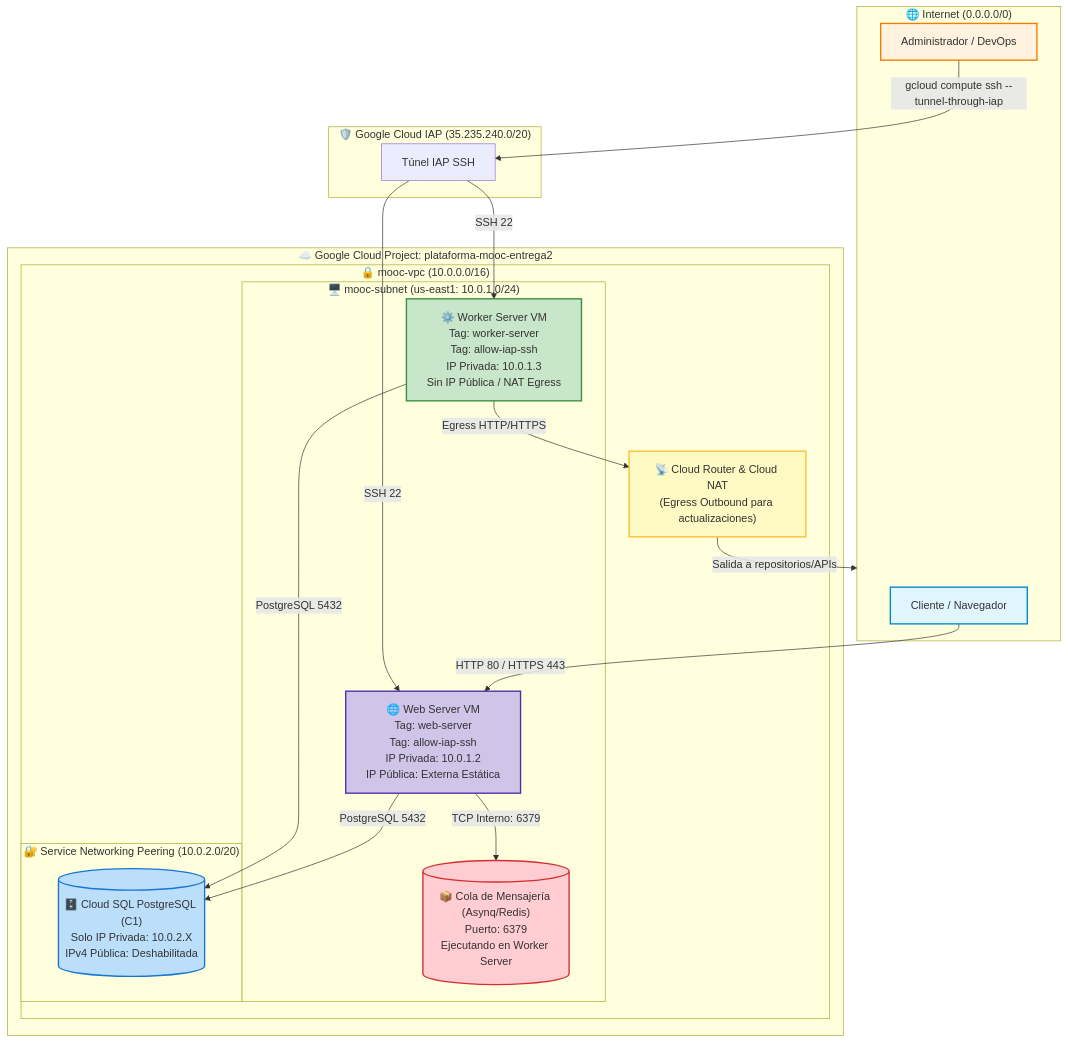
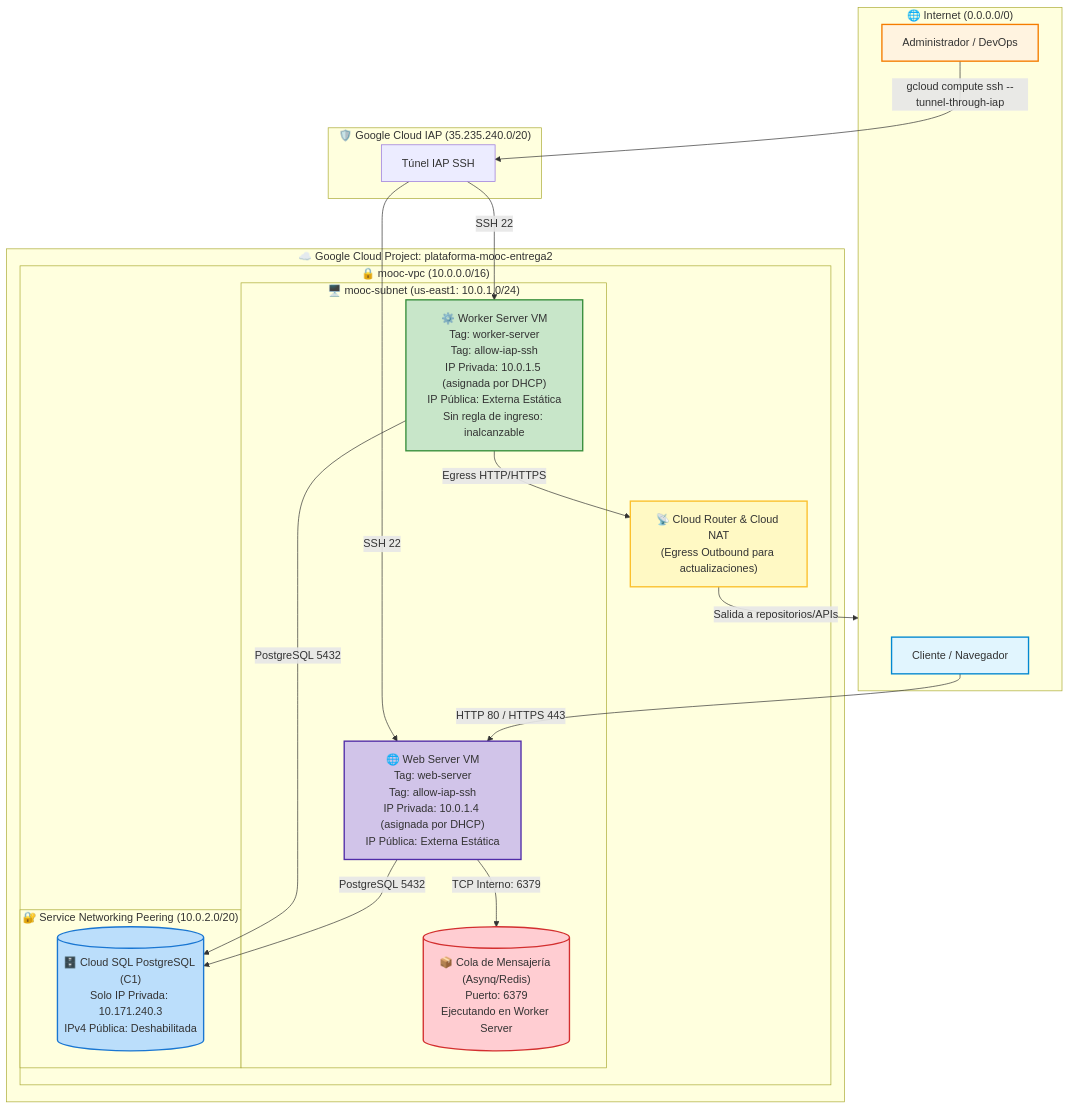
The diagram in docs/entrega2/evidencias/B3/DIAGRAMA_RED.md (ISIS4426-2026/Plataforma-MOOC), drawn with Mermaid before and after one commit. The commit also changed other lines of this file and 3 other files, not shown here.

Commit message:
docs(i1): document the deployed cloud architecture

````diff
--- a/docs/entrega2/evidencias/B3/DIAGRAMA_RED.md
+++ b/docs/entrega2/evidencias/B3/DIAGRAMA_RED.md
@@ -7,52 +29,52 @@
 ```mermaid
 flowchart TD
     subgraph Internet ["🌐 Internet (0.0.0.0/0)"]
         User["Cliente / Navegador"]
         Admin["Administrador / DevOps"]
     end
 
     subgraph GoogleIAP ["🛡️ Google Cloud IAP (35.235.240.0/20)"]
         IAPProxy["Túnel IAP SSH"]
     end
 
     subgraph GCP ["☁️ Google Cloud Project: plataforma-mooc-entrega2"]
         subgraph VPC ["🔒 mooc-vpc (10.0.0.0/16)"]
             
             subgraph Subnet ["🖥️ mooc-subnet (us-east1: 10.0.1.0/24)"]
-                WebServer["🌐 Web Server VM\nTag: web-server\nTag: allow-iap-ssh\nIP Privada: 10.0.1.2\nIP Pública: Externa Estática"]
-                WorkerServer["⚙️ Worker Server VM\nTag: worker-server\nTag: allow-iap-ssh\nIP Privada: 10.0.1.3\nSin IP Pública / NAT Egress"]
+                WebServer["🌐 Web Server VM\nTag: web-server\nTag: allow-iap-ssh\nIP Privada: 10.0.1.4 (asignada por DHCP)\nIP Pública: Externa Estática"]
+                WorkerServer["⚙️ Worker Server VM\nTag: worker-server\nTag: allow-iap-ssh\nIP Privada: 10.0.1.5 (asignada por DHCP)\nIP Pública: Externa Estática\nSin regla de ingreso: inalcanzable"]
                 RedisQueue[("📦 Cola de Mensajería (Asynq/Redis)\nPuerto: 6379\nEjecutando en Worker Server")]
             end
 
             CloudNAT["📡 Cloud Router & Cloud NAT\n(Egress Outbound para actualizaciones)"]
 
             subgraph ServicePeering ["🔐 Service Networking Peering (10.0.2.0/20)"]
-                CloudSQL[("🗄️ Cloud SQL PostgreSQL (C1)\nSolo IP Privada: 10.0.2.X\nIPv4 Pública: Deshabilitada")]
+                CloudSQL[("🗄️ Cloud SQL PostgreSQL (C1)\nSolo IP Privada: 10.171.240.3\nIPv4 Pública: Deshabilitada")]
             end
         end
     end
 
     %% Conexiones Públicas
     User -->|HTTP 80 / HTTPS 443| WebServer
     Admin -->|gcloud compute ssh --tunnel-through-iap| IAPProxy
     IAPProxy -->|SSH 22| WebServer
     IAPProxy -->|SSH 22| WorkerServer
 
     %% Conexiones Internas VPC
     WebServer -->|TCP Interno: 6379| RedisQueue
     WebServer -->|PostgreSQL 5432| CloudSQL
     WorkerServer -->|PostgreSQL 5432| CloudSQL
 
     %% Salida Egress
     WorkerServer -->|Egress HTTP/HTTPS| CloudNAT
     CloudNAT -->|Salida a repositorios/APIs| Internet
 
     %% Estilos de Nodos
     style User fill:#e1f5fe,stroke:#0288d1,stroke-width:2px
     style Admin fill:#fff3e0,stroke:#f57c00,stroke-width:2px
     style WebServer fill:#d1c4e9,stroke:#512da8,stroke-width:2px
     style WorkerServer fill:#c8e6c9,stroke:#388e3c,stroke-width:2px
     style RedisQueue fill:#ffcdd2,stroke:#d32f2f,stroke-width:2px
     style CloudSQL fill:#bbdefb,stroke:#1976d2,stroke-width:2px
     style CloudNAT fill:#fff9c4,stroke:#fbc02d,stroke-width:2px
 ```
````
